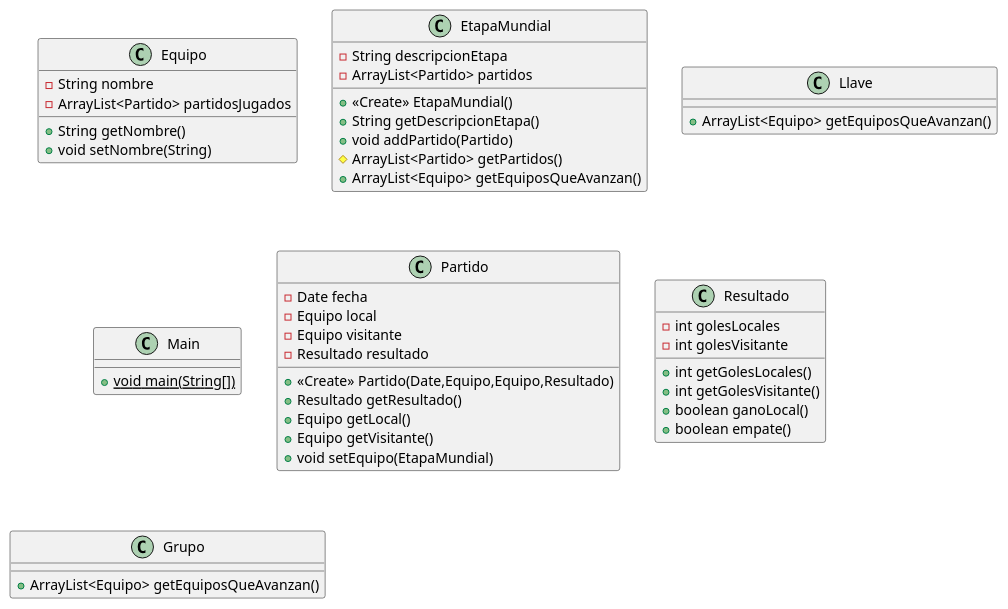
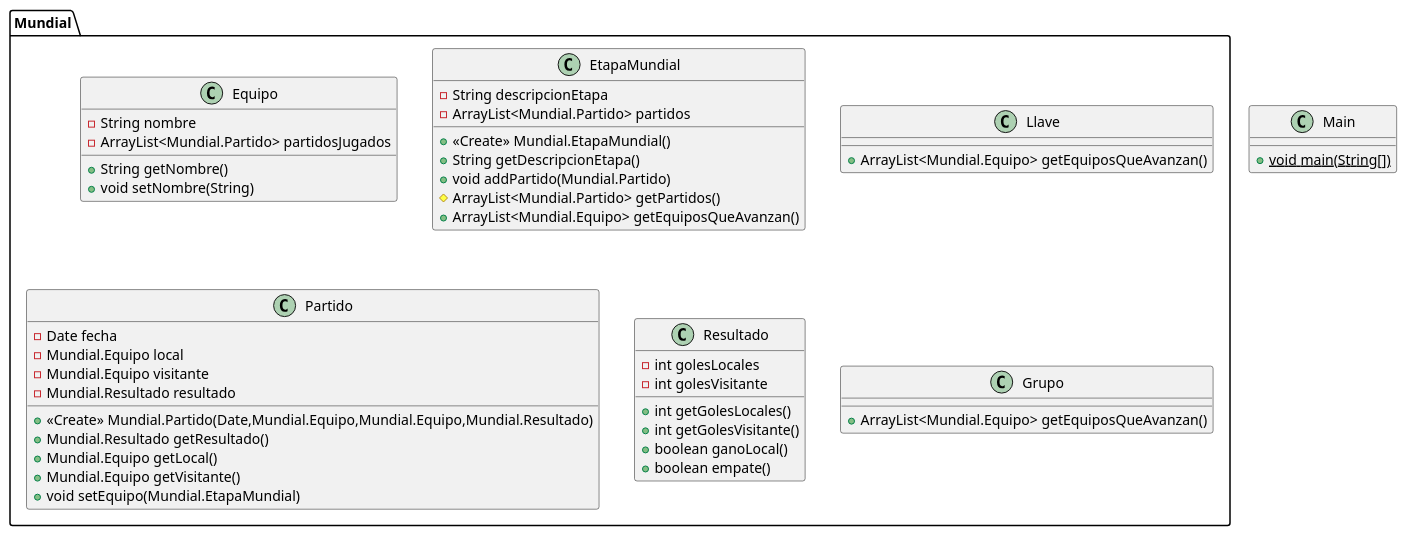
Before and after one commit to tatiAndonegui/TrabajoPractico2: the diagram in TP2/Todo.puml, drawn with PlantUML. The commit also changed 27 other files, not shown here.

```diff
--- a/TP2/Todo.puml
+++ b/TP2/Todo.puml
@@ -1,45 +1,45 @@
 @startuml
-class Equipo {
+class Mundial.Equipo {
 - String nombre
-- ArrayList<Partido> partidosJugados
+- ArrayList<Mundial.Partido> partidosJugados
 + String getNombre()
 + void setNombre(String)
 }
-class EtapaMundial {
+class Mundial.EtapaMundial {
 - String descripcionEtapa
-- ArrayList<Partido> partidos
-+ <<Create>> EtapaMundial()
+- ArrayList<Mundial.Partido> partidos
++ <<Create>> Mundial.EtapaMundial()
 + String getDescripcionEtapa()
-+ void addPartido(Partido)
-# ArrayList<Partido> getPartidos()
-+ ArrayList<Equipo> getEquiposQueAvanzan()
++ void addPartido(Mundial.Partido)
+# ArrayList<Mundial.Partido> getPartidos()
++ ArrayList<Mundial.Equipo> getEquiposQueAvanzan()
 }
-class Llave {
-+ ArrayList<Equipo> getEquiposQueAvanzan()
+class Mundial.Llave {
++ ArrayList<Mundial.Equipo> getEquiposQueAvanzan()
 }
 class Main {
 + {static} void main(String[])
 }
-class Partido {
+class Mundial.Partido {
 - Date fecha
-- Equipo local
-- Equipo visitante
-- Resultado resultado
-+ <<Create>> Partido(Date,Equipo,Equipo,Resultado)
-+ Resultado getResultado()
-+ Equipo getLocal()
-+ Equipo getVisitante()
-+ void setEquipo(EtapaMundial)
+- Mundial.Equipo local
+- Mundial.Equipo visitante
+- Mundial.Resultado resultado
++ <<Create>> Mundial.Partido(Date,Mundial.Equipo,Mundial.Equipo,Mundial.Resultado)
++ Mundial.Resultado getResultado()
++ Mundial.Equipo getLocal()
++ Mundial.Equipo getVisitante()
++ void setEquipo(Mundial.EtapaMundial)
 }
-class Resultado {
+class Mundial.Resultado {
 - int golesLocales
 - int golesVisitante
 + int getGolesLocales()
 + int getGolesVisitante()
 + boolean ganoLocal()
 + boolean empate()
 }
-class Grupo {
-+ ArrayList<Equipo> getEquiposQueAvanzan()
+class Mundial.Grupo {
++ ArrayList<Mundial.Equipo> getEquiposQueAvanzan()
 }
 @enduml
```
